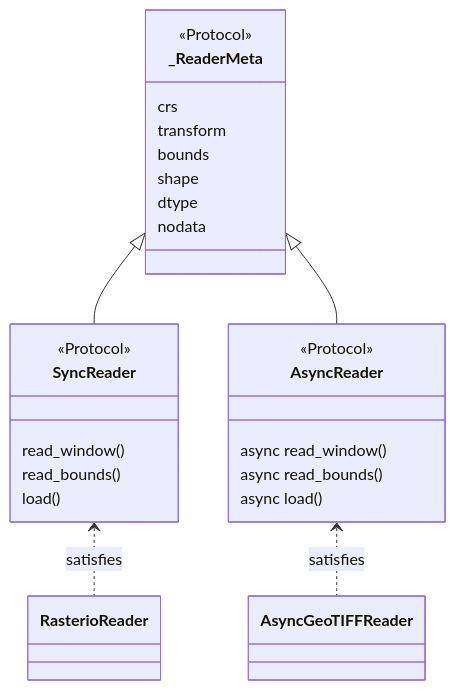
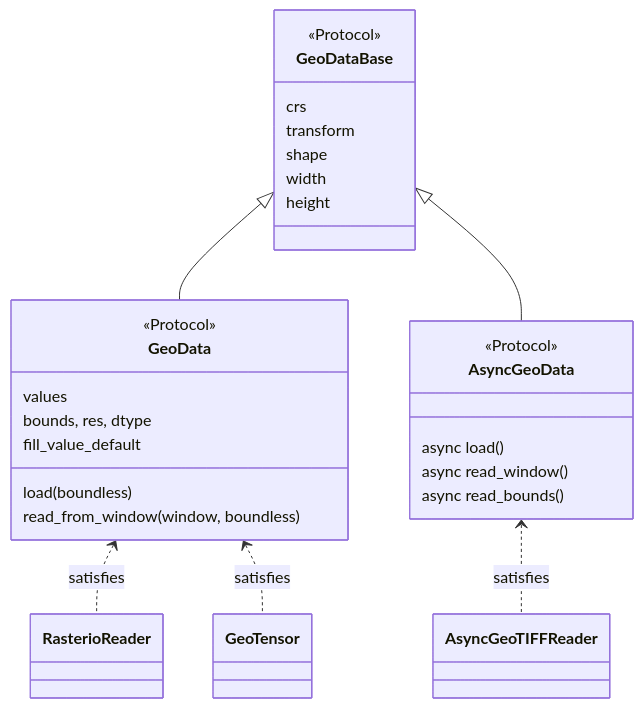
One commit to jejjohnson/research_notebook changed the first of 2 diagrams in projects/geotoolz/plans/georeader/reader_protocol.md. Above: the diagram before and after it, drawn with Mermaid. The commit also changed other lines of this file and 14 other files, not shown here.

````diff
--- a/projects/geotoolz/plans/georeader/reader_protocol.md
+++ b/projects/geotoolz/plans/georeader/reader_protocol.md
@@ -44,31 +67,34 @@
 ```{mermaid}
 classDiagram
-    class _ReaderMeta {
+    class GeoDataBase {
         <<Protocol>>
         crs
         transform
-        bounds
         shape
-        dtype
-        nodata
+        width
+        height
     }
-    class SyncReader {
+    class GeoData {
         <<Protocol>>
-        read_window()
-        read_bounds()
-        load()
+        load(boundless)
+        read_from_window(window, boundless)
+        values
+        bounds, res, dtype
+        fill_value_default
     }
-    class AsyncReader {
+    class AsyncGeoData {
         <<Protocol>>
+        async load()
         async read_window()
         async read_bounds()
-        async load()
     }
     class RasterioReader
+    class GeoTensor
     class AsyncGeoTIFFReader
 
-    _ReaderMeta <|-- SyncReader
-    _ReaderMeta <|-- AsyncReader
-    SyncReader <.. RasterioReader : satisfies
-    AsyncReader <.. AsyncGeoTIFFReader : satisfies
+    GeoDataBase <|-- GeoData
+    GeoDataBase <|-- AsyncGeoData
+    GeoData <.. RasterioReader : satisfies
+    GeoData <.. GeoTensor : satisfies
+    AsyncGeoData <.. AsyncGeoTIFFReader : satisfies
 ```
````
